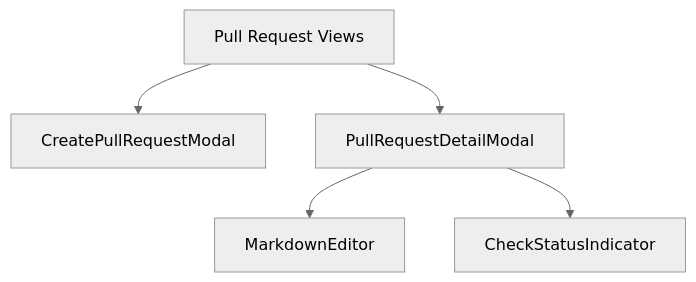
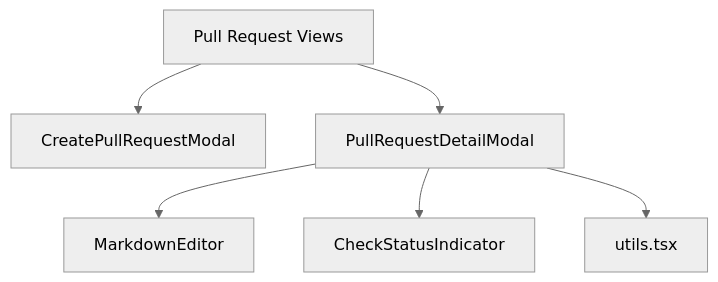
The seventh of 15 diagrams in docs/architecture/component-hierarchy.md (strawhatluka/cola-records), drawn with Mermaid (neutral theme) before and after one commit. The commit also changed other lines of this file and 7 other files, not shown here.

````diff
--- a/docs/architecture/component-hierarchy.md
+++ b/docs/architecture/component-hierarchy.md
@@ -218,7 +218,8 @@
 ```mermaid
 graph TD
     PR[Pull Request Views] --> CreatePullRequestModal[CreatePullRequestModal]
     PR --> PullRequestDetailModal[PullRequestDetailModal]
     PullRequestDetailModal --> MarkdownEditor[MarkdownEditor]
     PullRequestDetailModal --> CheckStatusIndicator[CheckStatusIndicator]
+    PullRequestDetailModal --> PRDetailUtils[utils.tsx]
 ```
````
